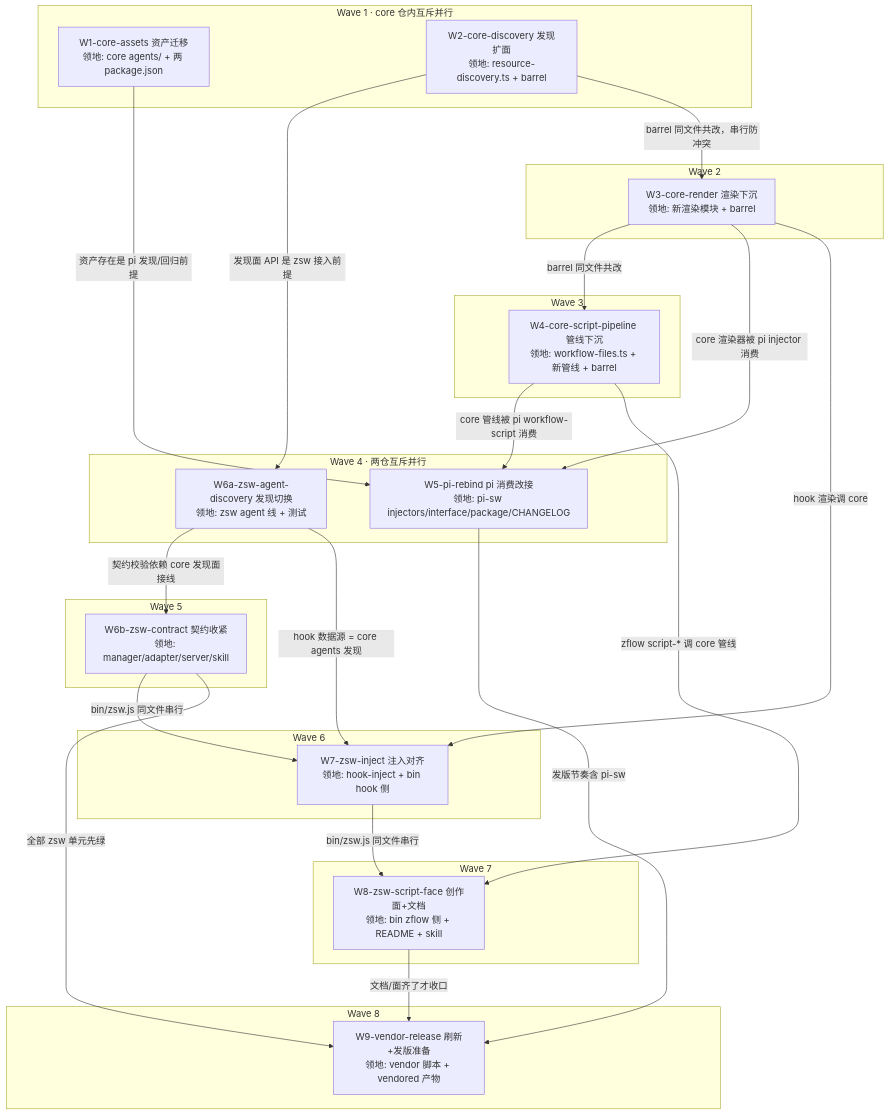
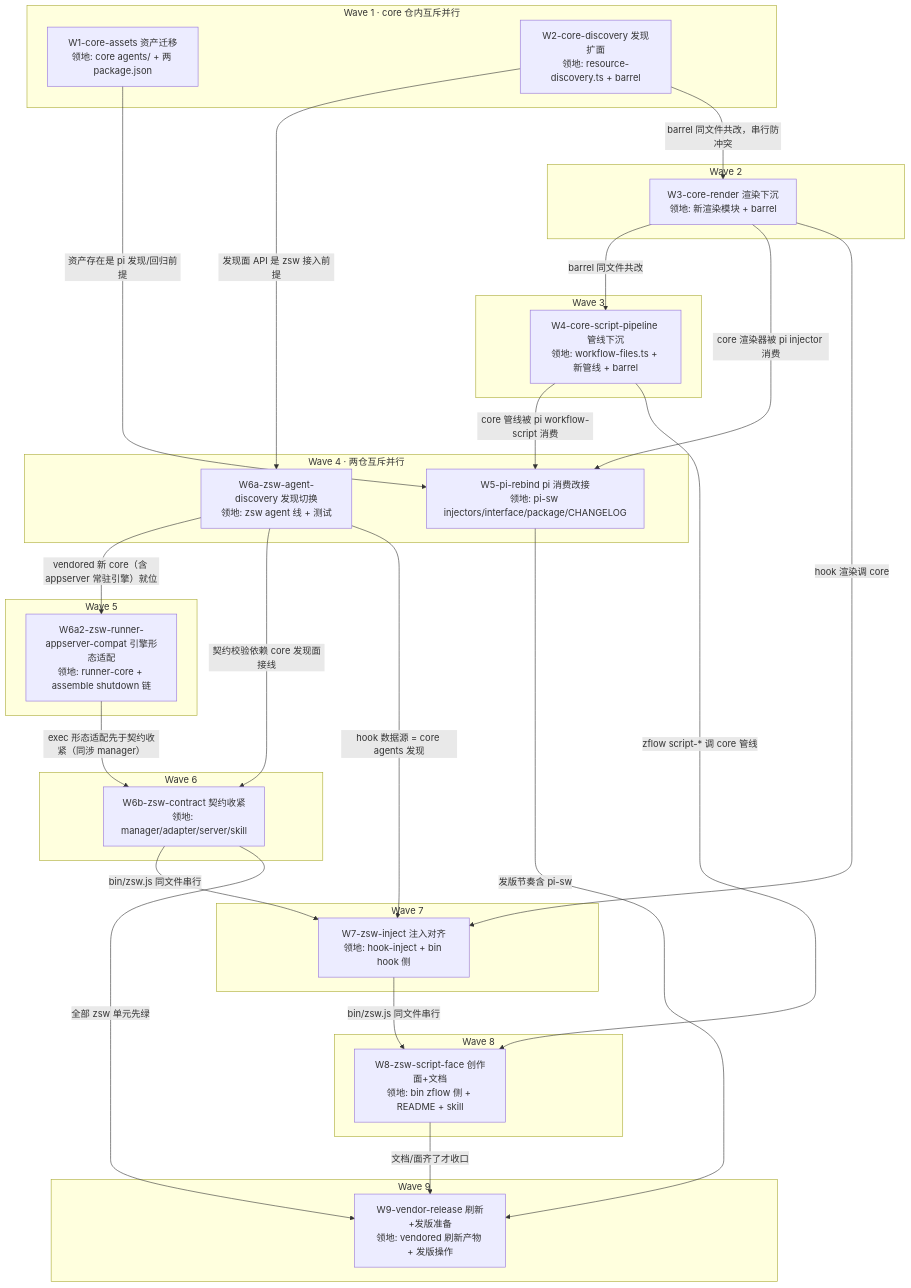
The diagram in docs/design/subagent-core-convergence.impl-plan.md (zhushanwen321/zcode-plugins), drawn with Mermaid before and after one commit. The commit also changed other lines of this file and 18 other files, not shown here.

````diff
--- a/docs/design/subagent-core-convergence.impl-plan.md
+++ b/docs/design/subagent-core-convergence.impl-plan.md
@@ -49,44 +49,49 @@
 ```mermaid
 graph TD
   subgraph Wave1[Wave 1 · core 仓内互斥并行]
     W1["W1-core-assets 资产迁移<br/>领地: core agents/ + 两 package.json"]
     W2["W2-core-discovery 发现扩面<br/>领地: resource-discovery.ts + barrel"]
   end
   subgraph Wave2[Wave 2]
     W3["W3-core-render 渲染下沉<br/>领地: 新渲染模块 + barrel"]
   end
   subgraph Wave3[Wave 3]
     W4["W4-core-script-pipeline 管线下沉<br/>领地: workflow-files.ts + 新管线 + barrel"]
   end
   subgraph Wave4[Wave 4 · 两仓互斥并行]
     W5["W5-pi-rebind pi 消费改接<br/>领地: pi-sw injectors/interface/package/CHANGELOG"]
     W6a["W6a-zsw-agent-discovery 发现切换<br/>领地: zsw agent 线 + 测试"]
   end
   subgraph Wave5[Wave 5]
+    W6a2["W6a2-zsw-runner-appserver-compat 引擎形态适配<br/>领地: runner-core + assemble shutdown 链"]
+  end
+  subgraph Wave6[Wave 6]
     W6b["W6b-zsw-contract 契约收紧<br/>领地: manager/adapter/server/skill"]
   end
-  subgraph Wave6[Wave 6]
+  subgraph Wave7[Wave 7]
     W7["W7-zsw-inject 注入对齐<br/>领地: hook-inject + bin hook 侧"]
   end
-  subgraph Wave7[Wave 7]
+  subgraph Wave8[Wave 8]
     W8["W8-zsw-script-face 创作面+文档<br/>领地: bin zflow 侧 + README + skill"]
   end
-  subgraph Wave8[Wave 8]
-    W9["W9-vendor-release 刷新+发版准备<br/>领地: vendor 脚本 + vendored 产物"]
+  subgraph Wave9[Wave 9]
+    W9["W9-vendor-release 刷新+发版准备<br/>领地: vendored 刷新产物 + 发版操作"]
   end
   W1 -->|"资产存在是 pi 发现/回归前提"| W5
   W2 -->|"发现面 API 是 zsw 接入前提"| W6a
   W2 -->|"barrel 同文件共改，串行防冲突"| W3
   W3 -->|"barrel 同文件共改"| W4
   W3 -->|"core 渲染器被 pi injector 消费"| W5
   W4 -->|"core 管线被 pi workflow-script 消费"| W5
+  W6a -->|"vendored 新 core（含 appserver 常驻引擎）就位"| W6a2
+  W6a2 -->|"exec 形态适配先于契约收紧（同涉 manager）"| W6b
   W6a -->|"契约校验依赖 core 发现面接线"| W6b
   W6a -->|"hook 数据源 = core agents 发现"| W7
   W3 -->|"hook 渲染调 core"| W7
   W4 -->|"zflow script-* 调 core 管线"| W8
   W6b -->|"bin/zsw.js 同文件串行"| W7
   W7 -->|"bin/zsw.js 同文件串行"| W8
   W5 -->|"发版节奏含 pi-sw"| W9
   W6b -->|"全部 zsw 单元先绿"| W9
   W8 -->|"文档/面齐了才收口"| W9
 ```
````
